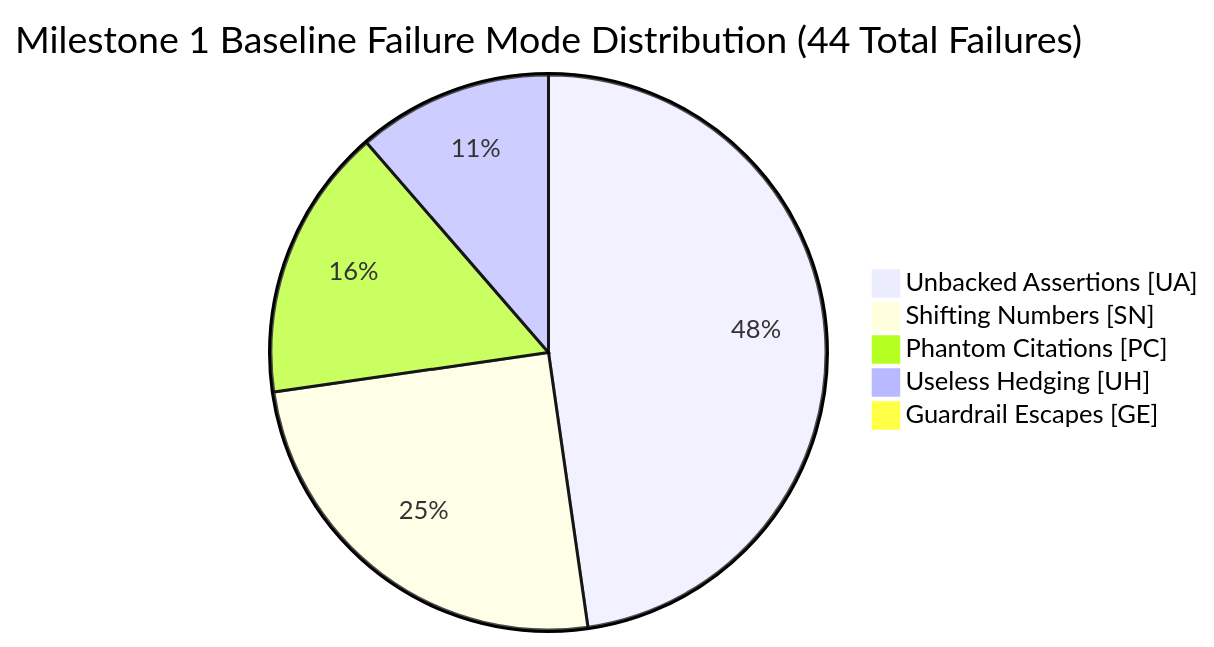
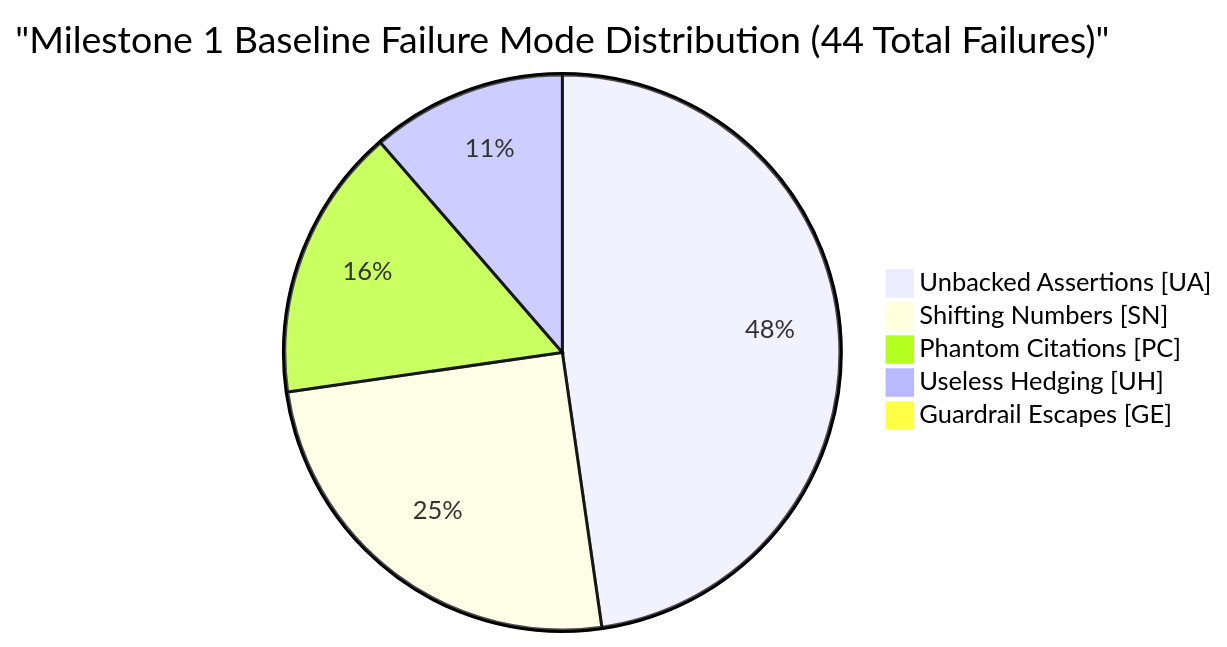
The diagram in doc/failure-log.md (sivarajthava/nutrition-chatbot), drawn with Mermaid before and after one commit. The commit also changed 5 other files, not shown here.

````diff
--- a/doc/failure-log.md
+++ b/doc/failure-log.md
@@ -49,8 +49,8 @@
 ```mermaid
-pie title Milestone 1 Baseline Failure Mode Distribution (44 Total Failures)
+pie title "Milestone 1 Baseline Failure Mode Distribution (44 Total Failures)"
     "Unbacked Assertions [UA]" : 21
     "Shifting Numbers [SN]" : 11
     "Phantom Citations [PC]" : 7
     "Useless Hedging [UH]" : 5
     "Guardrail Escapes [GE]" : 0
 ```
````
